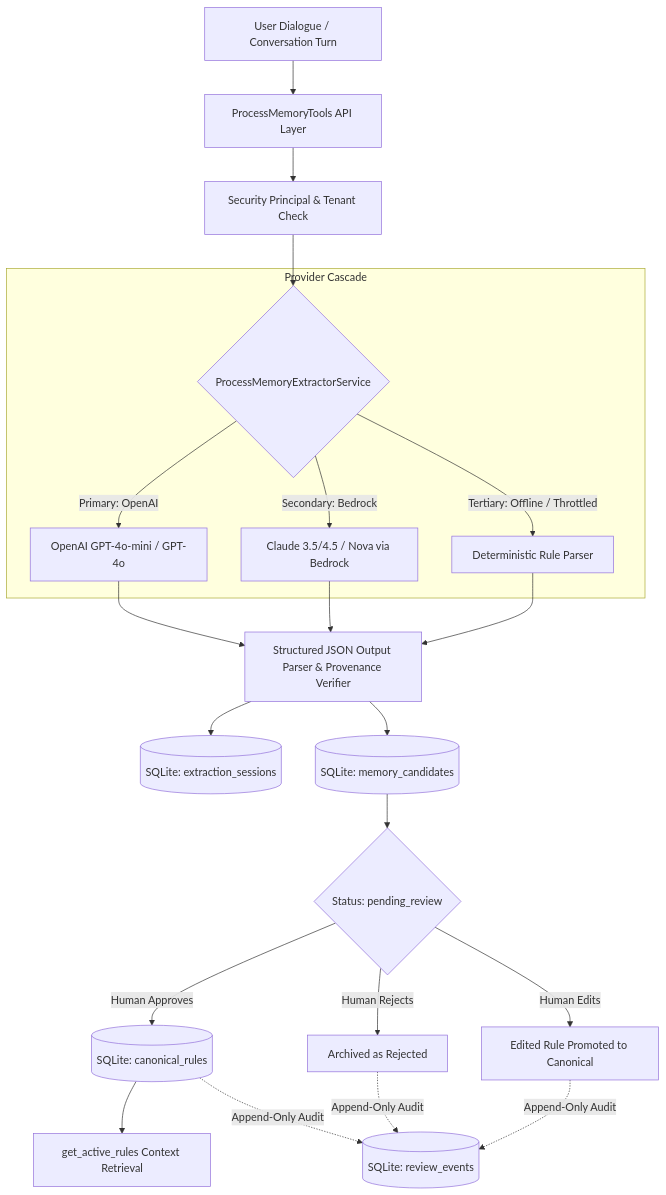
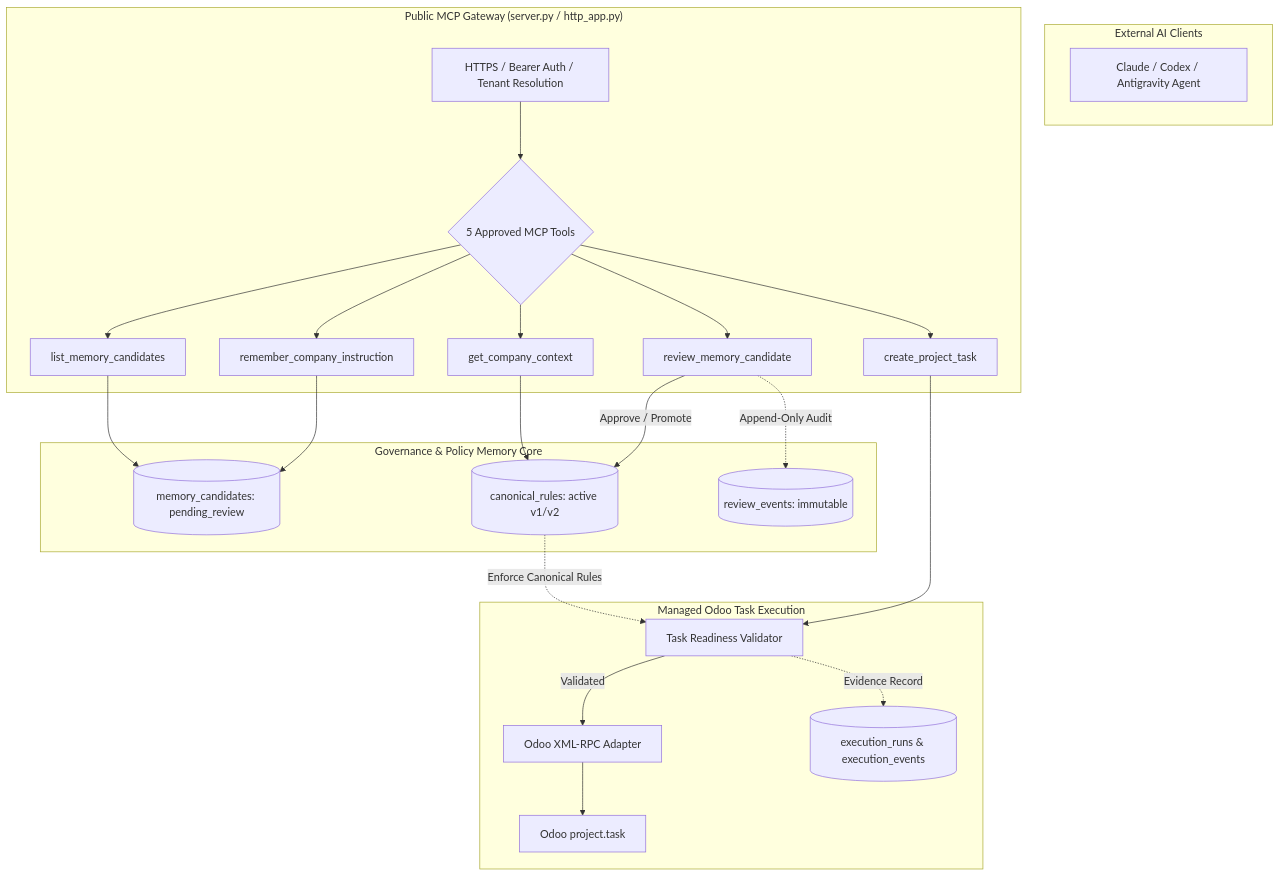
One commit to OC-jzambrano/process-memory-gateway changed the diagram in README.md. Above: the diagram before and after it, drawn with Mermaid. The commit also changed other lines of this file and 11 other files, not shown here.

Commit message:
feat: harden public MCP tool exposure and container HTTP streaming

````diff
--- a/README.md
+++ b/README.md
@@ -31,29 +32,32 @@
 ```mermaid
 flowchart TD
-    A[User Dialogue / Conversation Turn] --> B[ProcessMemoryTools API Layer]
-    B --> C[Security Principal & Tenant Check]
-    C --> D{ProcessMemoryExtractorService}
-    
-    subgraph "Provider Cascade"
-        D -->|Primary: OpenAI| E[OpenAI GPT-4o-mini / GPT-4o]
-        D -->|Secondary: Bedrock| F[Claude 3.5/4.5 / Nova via Bedrock]
-        D -->|Tertiary: Offline / Throttled| G[Deterministic Rule Parser]
+    subgraph "External AI Clients"
+        A[Claude / Codex / Antigravity Agent]
     end
-    
-    E --> H[Structured JSON Output Parser & Provenance Verifier]
-    F --> H
-    G --> H
-    
-    H --> I[(SQLite: extraction_sessions)]
-    H --> J[(SQLite: memory_candidates)]
-    J --> K{Status: pending_review}
-    
-    K -->|Human Approves| L[(SQLite: canonical_rules)]
-    K -->|Human Rejects| M[Archived as Rejected]
-    K -->|Human Edits| N[Edited Rule Promoted to Canonical]
-    
-    L --> O[get_active_rules Context Retrieval]
-    M -.->|Append-Only Audit| P[(SQLite: review_events)]
-    N -.->|Append-Only Audit| P
-    L -.->|Append-Only Audit| P
+
+    subgraph "Public MCP Gateway (server.py / http_app.py)"
+        B[HTTPS / Bearer Auth / Tenant Resolution]
+        B --> C{5 Approved MCP Tools}
+        C --> T1[remember_company_instruction]
+        C --> T2[list_memory_candidates]
+        C --> T3[review_memory_candidate]
+        C --> T4[get_company_context]
+        C --> T5[create_project_task]
+    end
+
+    subgraph "Governance & Policy Memory Core"
+        T1 --> D[(memory_candidates: pending_review)]
+        T2 --> D
+        T3 -->|Approve / Promote| E[(canonical_rules: active v1/v2)]
+        T3 -.->|Append-Only Audit| F[(review_events: immutable)]
+        T4 --> E
+    end
+
+    subgraph "Managed Odoo Task Execution"
+        T5 --> G[Task Readiness Validator]
+        E -.->|Enforce Canonical Rules| G
+        G -->|Validated| H[Odoo XML-RPC Adapter]
+        H --> I[Odoo project.task]
+        G -.->|Evidence Record| J[(execution_runs & execution_events)]
+    end
 ```
````
